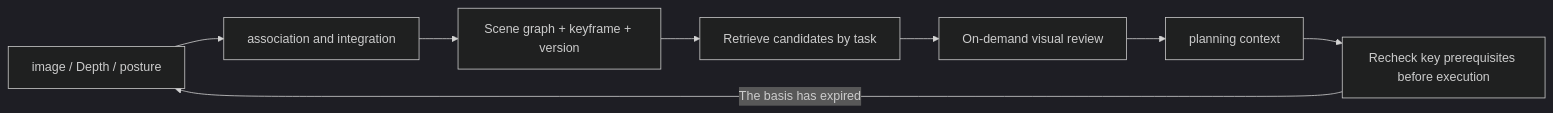
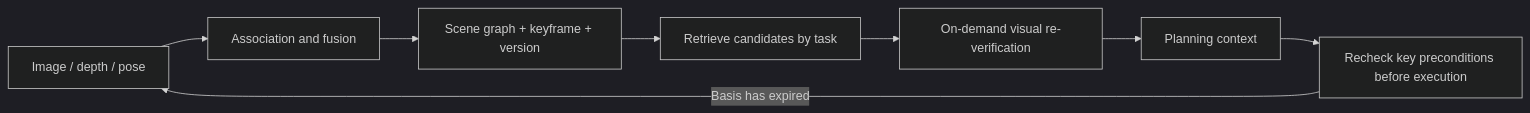
Before and after one commit to TingdeLiu/tingdeliu.github.io: the second of 7 diagrams in _translations/en/research/Embodied-Agent-Harness-Survey.md, drawn with Mermaid (dark theme). The commit also changed other lines of this file and 51 other files, not shown here.

````diff
--- a/_translations/en/research/Embodied-Agent-Harness-Survey.md
+++ b/_translations/en/research/Embodied-Agent-Harness-Survey.md
@@ -111,10 +111,10 @@
 ```mermaid
 flowchart LR
-    Obs["image / Depth / posture"] --> Map["association and integration"]
+    Obs["Image / depth / pose"] --> Map["Association and fusion"]
     Map --> Memory["Scene graph + keyframe + version"]
     Memory --> Retrieve["Retrieve candidates by task"]
-    Retrieve --> Verify["On-demand visual review"]
-    Verify --> Context["planning context"]
-    Context --> Dispatch["Recheck key prerequisites before execution"]
-    Dispatch -->|"The basis has expired"| Obs
+    Retrieve --> Verify["On-demand visual re-verification"]
+    Verify --> Context["Planning context"]
+    Context --> Dispatch["Recheck key preconditions before execution"]
+    Dispatch -->|"Basis has expired"| Obs
 ```
````
